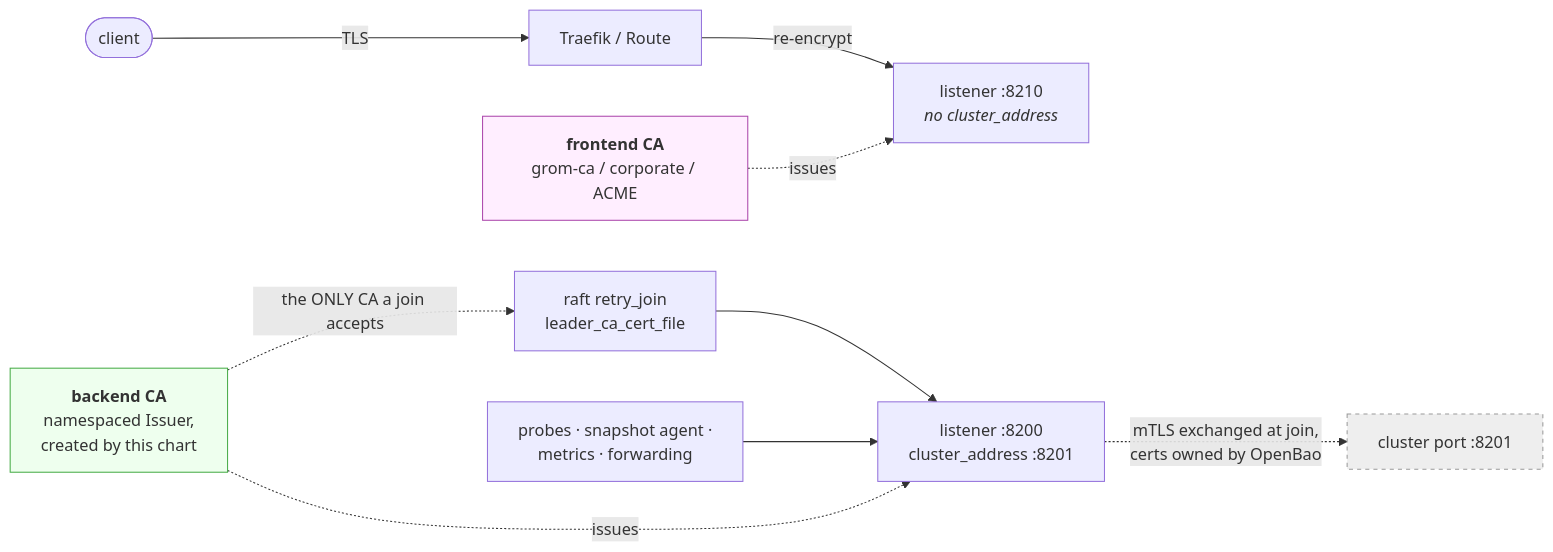
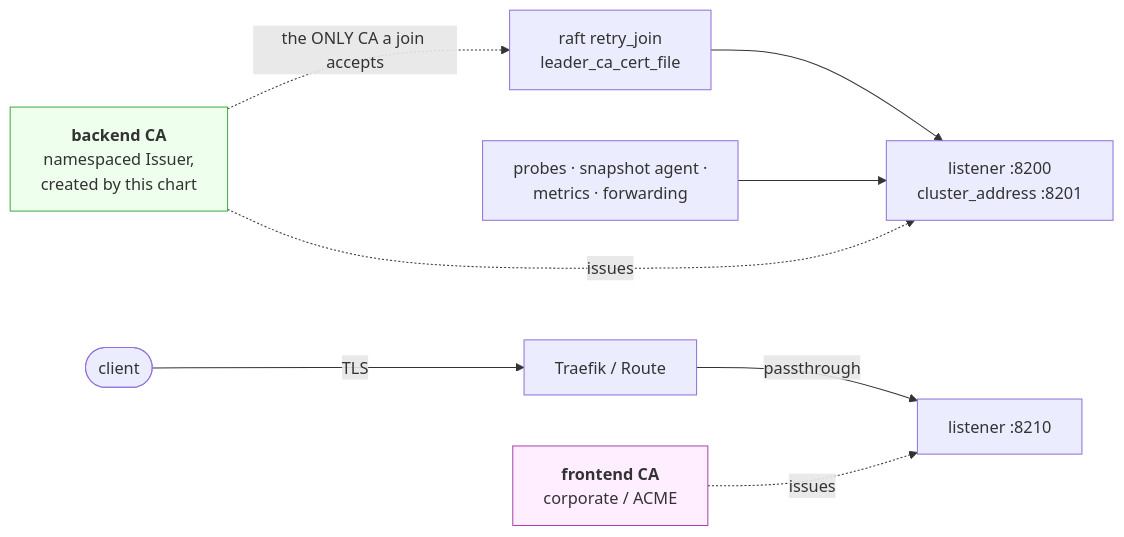
One commit to datahattrick/openbao-chart changed the diagram in README.md. Above: the diagram before and after it, drawn with Mermaid. The commit also changed other lines of this file and 37 other files, not shown here.

First line of the commit message:
Restructure the chart, and replace Fluent Bit with an OTel Collector

````diff
--- a/README.md
+++ b/README.md
@@ -163,20 +83,17 @@
 ```mermaid
 flowchart LR
-    feca["<b>frontend CA</b><br/>grom-ca / corporate / ACME"]
+    feca["<b>frontend CA</b><br/>corporate / ACME"]
     beca["<b>backend CA</b><br/>namespaced Issuer,<br/>created by this chart"]
 
     client([client]) -->|TLS| edge["Traefik / Route"]
-    edge -->|re-encrypt| p8210["listener :8210<br/><i>no cluster_address</i>"]
+    edge -->|passthrough| p8210["listener :8210"]
     feca -.->|issues| p8210
 
     join["raft retry_join<br/>leader_ca_cert_file"] --> p8200
     incl["probes · snapshot agent ·<br/>metrics · forwarding"] --> p8200["listener :8200<br/>cluster_address :8201"]
     beca -.->|issues| p8200
     beca -.->|"the ONLY CA a join accepts"| join
 
-    p8200 -.->|"mTLS exchanged at join,<br/>certs owned by OpenBao"| p8201["cluster port :8201"]
-
     style feca fill:#fef,stroke:#a4a
     style beca fill:#efe,stroke:#4a4
-    style p8201 fill:#eee,stroke:#999,stroke-dasharray: 4 4
 ```
````
